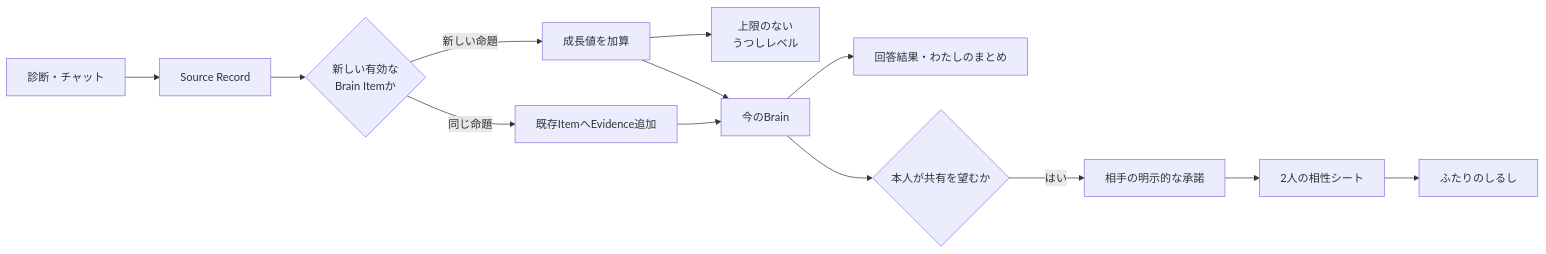
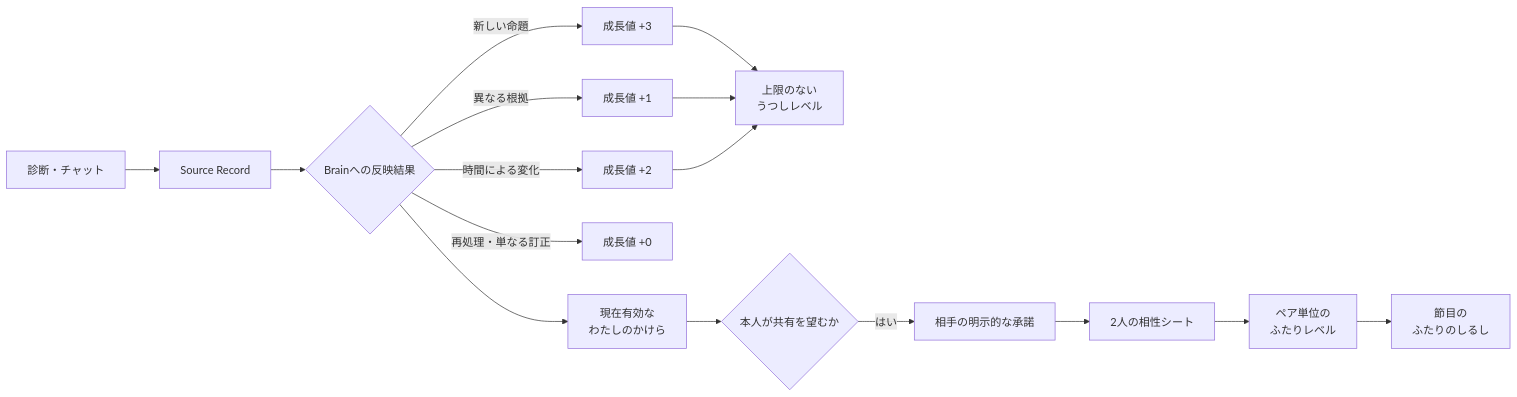
Before and after one commit to kkyosuke/me-builder: the diagram in docs/product/progression-reward-experience.md, drawn with Mermaid. The commit also changed other lines of this file and 2 other files, not shown here.

````diff
--- a/docs/product/progression-reward-experience.md
+++ b/docs/product/progression-reward-experience.md
@@ -23,15 +24,18 @@
 ```mermaid
 flowchart LR
     A[診断・チャット] --> B[Source Record]
-    B --> C{新しい有効な<br/>Brain Itemか}
-    C -->|新しい命題| D[成長値を加算]
-    C -->|同じ命題| E[既存ItemへEvidence追加]
-    D --> F[上限のない<br/>うつしレベル]
-    D --> G[今のBrain]
-    E --> G
-    G --> H[回答結果・わたしのまとめ]
-    G --> I{本人が共有を望むか}
-    I -->|はい| J[相手の明示的な承諾]
-    J --> K[2人の相性シート]
-    K --> L[ふたりのしるし]
+    B --> C{Brainへの反映結果}
+    C -->|新しい命題| D[成長値 +3]
+    C -->|異なる根拠| E[成長値 +1]
+    C -->|時間による変化| F[成長値 +2]
+    C -->|再処理・単なる訂正| G[成長値 +0]
+    D --> H[上限のない<br/>うつしレベル]
+    E --> H
+    F --> H
+    C --> I[現在有効な<br/>わたしのかけら]
+    I --> J{本人が共有を望むか}
+    J -->|はい| K[相手の明示的な承諾]
+    K --> L[2人の相性シート]
+    L --> M[ペア単位の<br/>ふたりレベル]
+    M --> N[節目の<br/>ふたりのしるし]
 ```
````
